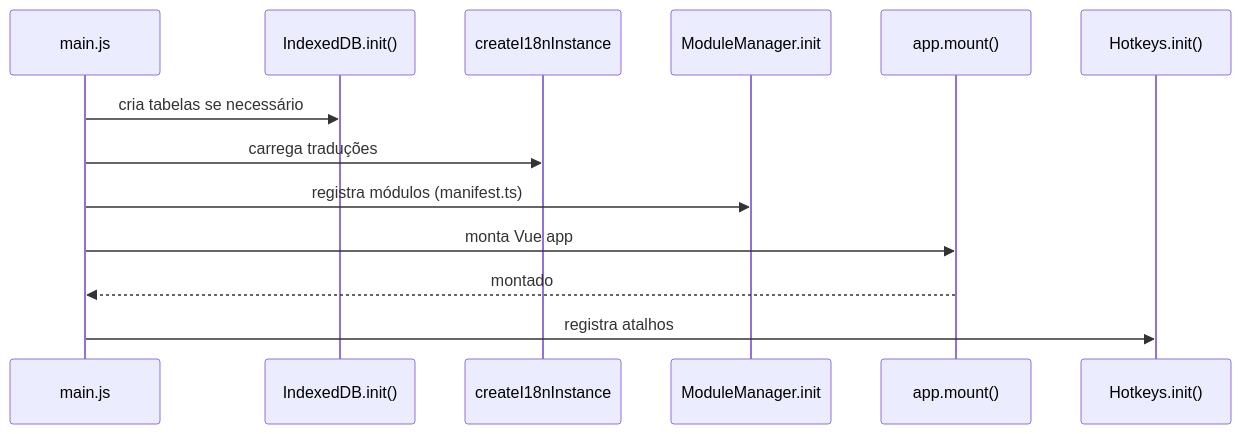
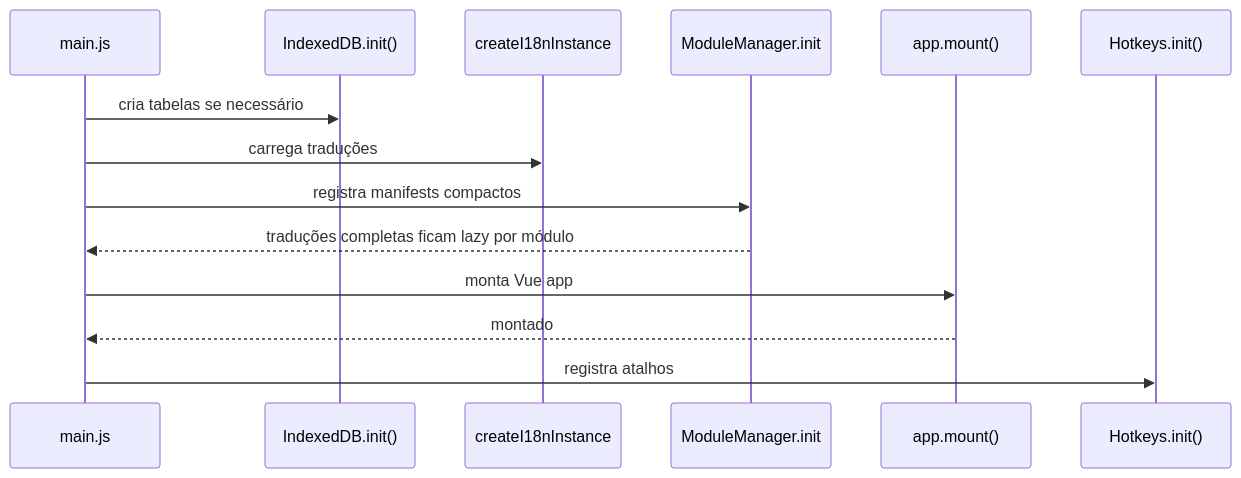
One commit to louvorja/violin-app changed the diagram in docs/architecture.md. Above: the diagram before and after it, drawn with Mermaid. The commit also changed other lines of this file and 11 other files, not shown here.

````diff
--- a/docs/architecture.md
+++ b/docs/architecture.md
@@ -1324,16 +1358,17 @@
 ```mermaid
 sequenceDiagram
     participant main as main.js
     participant idb as IndexedDB.init()
     participant i18n as createI18nInstance
     participant mm as ModuleManager.init
     participant app as app.mount()
     participant hk as Hotkeys.init()
 
     main->>idb: cria tabelas se necessário
     main->>i18n: carrega traduções
-    main->>mm: registra módulos (manifest.ts)
+    main->>mm: registra manifests compactos
+    mm-->>main: traduções completas ficam lazy por módulo
     main->>app: monta Vue app
     app-->>main: montado
     main->>hk: registra atalhos
 ```
````
